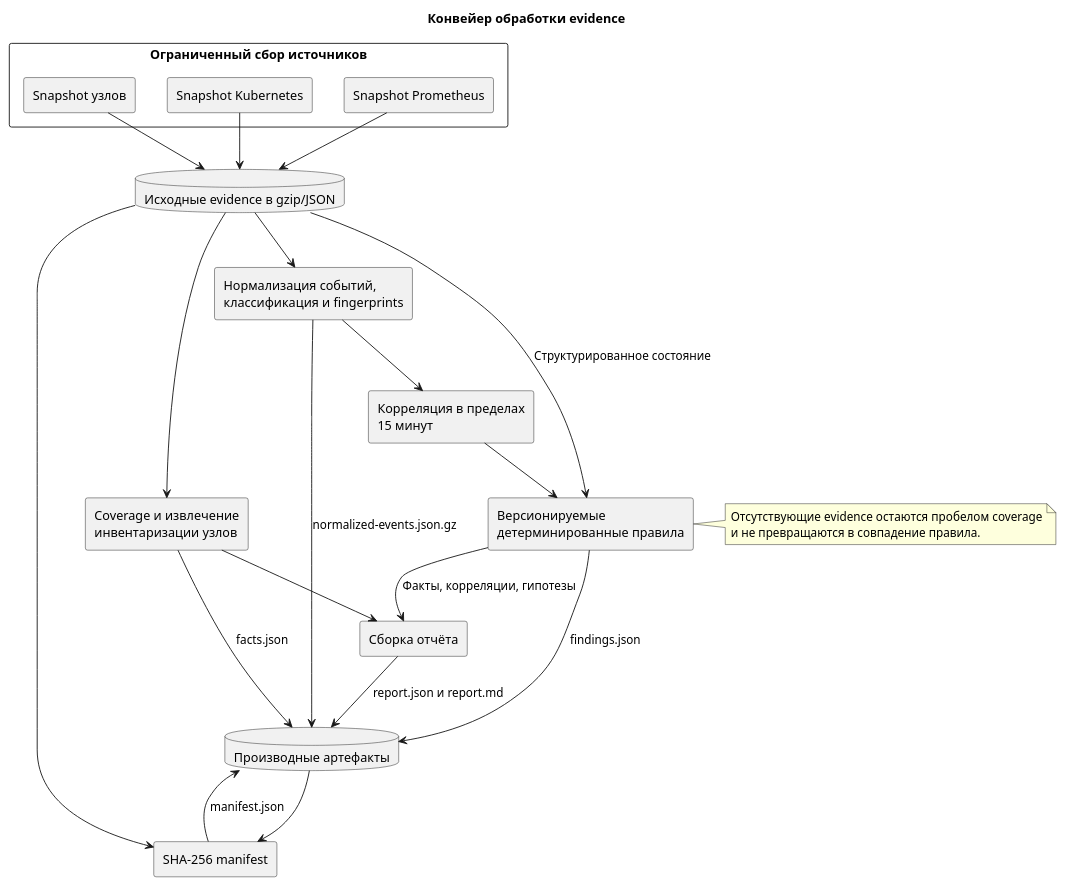
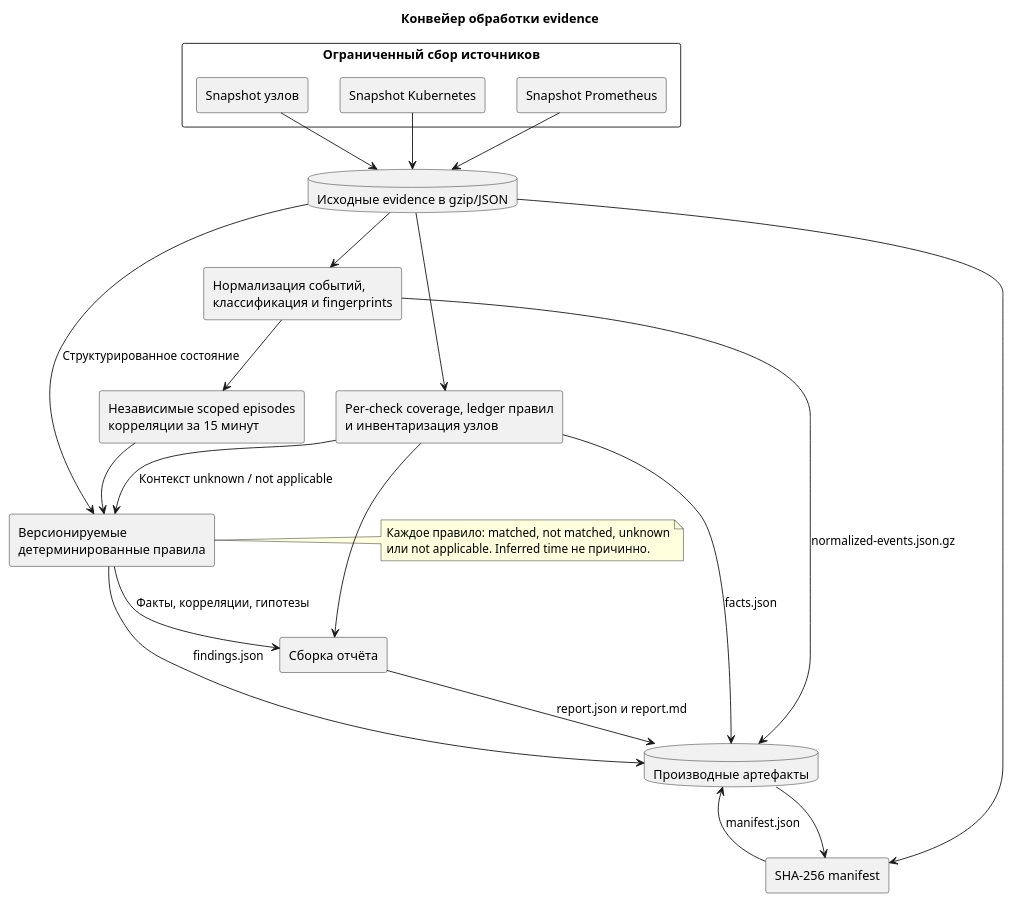
The diagram in diagramms/evidence-pipeline-ru.puml (dtarasov7/k8s-check), drawn with PlantUML before and after one commit. The commit also changed 27 other files, not shown here.

```diff
--- a/diagramms/evidence-pipeline-ru.puml
+++ b/diagramms/evidence-pipeline-ru.puml
@@ -1,44 +1,45 @@
 @startuml
 title Конвейер обработки evidence
 
 skinparam componentStyle rectangle
 skinparam shadowing false
 
 rectangle "Ограниченный сбор источников" as Collection {
   component "Snapshot узлов" as Nodes
   component "Snapshot Kubernetes" as Kubernetes
   component "Snapshot Prometheus" as Prometheus
 }
 
 database "Исходные evidence в gzip/JSON" as Raw
 component "Нормализация событий,\nклассификация и fingerprints" as Normalize
-component "Корреляция в пределах\n15 минут" as Correlate
+component "Независимые scoped episodes\nкорреляции за 15 минут" as Correlate
 component "Версионируемые\nдетерминированные правила" as Rules
-component "Coverage и извлечение\nинвентаризации узлов" as Facts
+component "Per-check coverage, ledger правил\nи инвентаризация узлов" as Facts
 component "Сборка отчёта" as Report
 database "Производные артефакты" as Derived
 component "SHA-256 manifest" as Manifest
 
 Nodes --> Raw
 Kubernetes --> Raw
 Prometheus --> Raw
 Raw --> Normalize
 Normalize --> Correlate
 Correlate --> Rules
 Raw --> Rules : Структурированное состояние
 Raw --> Facts
 Rules --> Report : Факты, корреляции, гипотезы
 Facts --> Report
+Facts --> Rules : Контекст unknown / not applicable
 Normalize --> Derived : normalized-events.json.gz
 Facts --> Derived : facts.json
 Rules --> Derived : findings.json
 Report --> Derived : report.json и report.md
 Raw --> Manifest
 Derived --> Manifest
 Manifest --> Derived : manifest.json
 
 note right of Rules
-Отсутствующие evidence остаются пробелом coverage
-и не превращаются в совпадение правила.
+Каждое правило: matched, not matched, unknown
+или not applicable. Inferred time не причинно.
 end note
 @enduml
```
